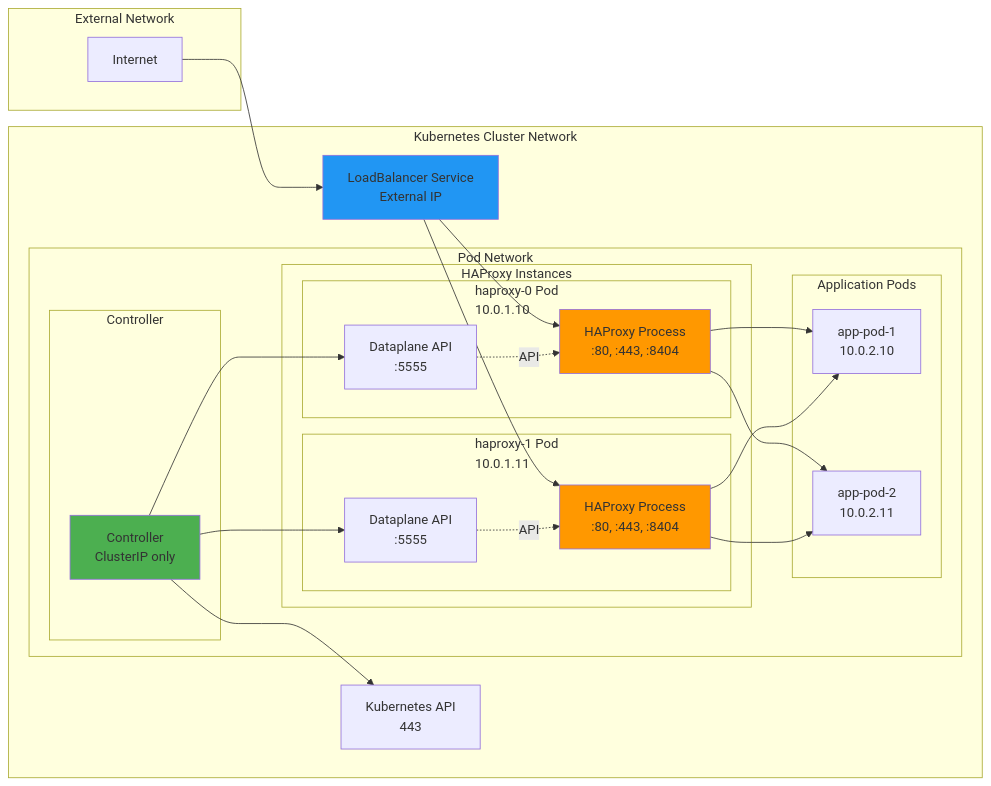
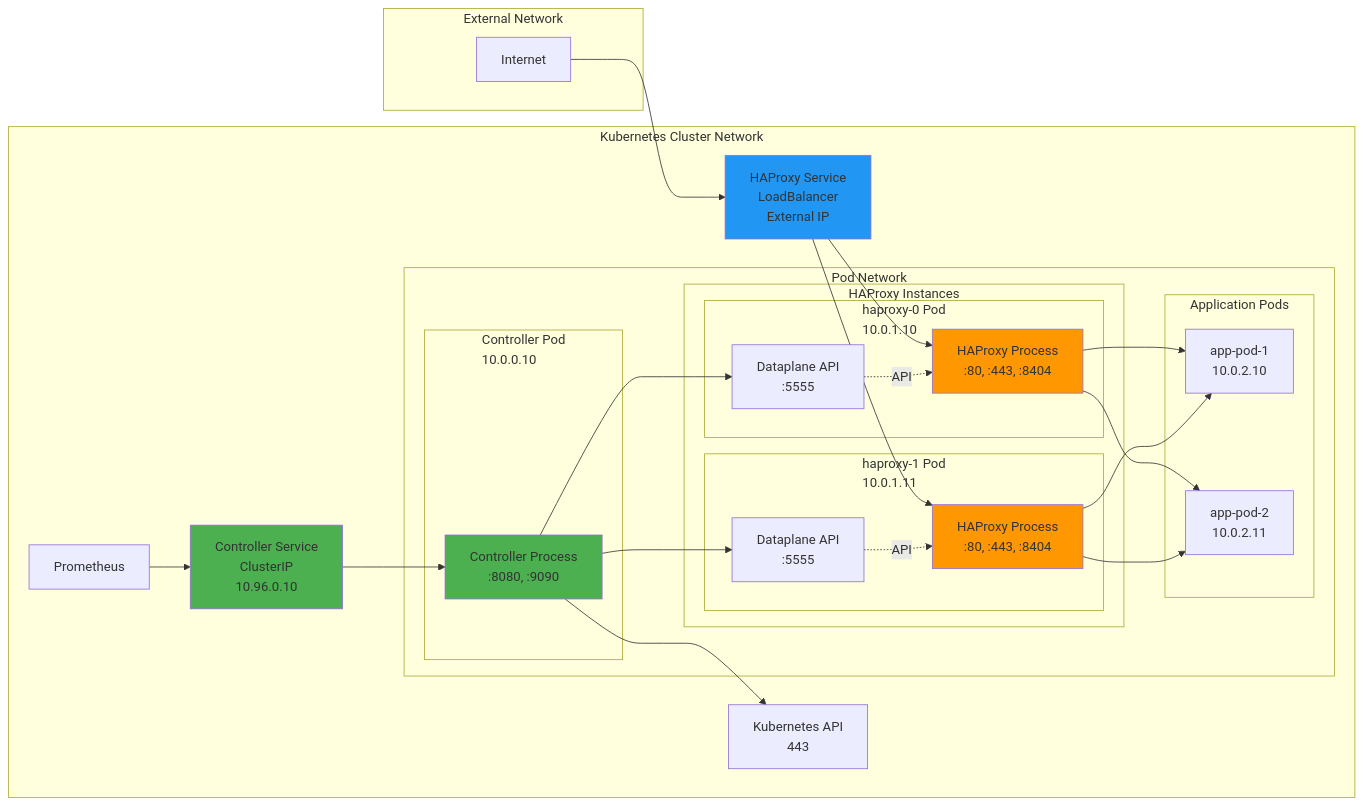
One commit to phihos/haproxy-template-ingress-controller changed the third of 3 diagrams in docs/development/design/deployment.md. Above: the diagram before and after it, drawn with Mermaid. The commit also changed other lines of this file and 24 other files, not shown here.

First line of the commit message:
Add SSL passthrough support and refactor service architecture (#25)

````diff
--- a/docs/development/design/deployment.md
+++ b/docs/development/design/deployment.md
@@ -148,56 +161,62 @@
 ```mermaid
 graph LR
     subgraph "External Network"
         INET[Internet]
     end
 
     subgraph "Kubernetes Cluster Network"
-        LB[LoadBalancer Service<br/>External IP]
+        HAP_LB[HAProxy Service<br/>LoadBalancer<br/>External IP]
+        CTRL_SVC_NET[Controller Service<br/>ClusterIP<br/>10.96.0.10]
 
         subgraph "Pod Network"
-            subgraph "Controller"
-                CTRL[Controller<br/>ClusterIP only]
+            subgraph "Controller Pod<br/>10.0.0.10"
+                CTRL[Controller Process<br/>:8080, :9090]
             end
 
             subgraph "HAProxy Instances"
                 subgraph "haproxy-0 Pod<br/>10.0.1.10"
                     HAP1[HAProxy Process<br/>:80, :443, :8404]
                     DP1[Dataplane API<br/>:5555]
                 end
 
                 subgraph "haproxy-1 Pod<br/>10.0.1.11"
                     HAP2[HAProxy Process<br/>:80, :443, :8404]
                     DP2[Dataplane API<br/>:5555]
                 end
             end
 
             subgraph "Application Pods"
                 APP1[app-pod-1<br/>10.0.2.10]
                 APP2[app-pod-2<br/>10.0.2.11]
             end
         end
 
         KUBE_API[Kubernetes API<br/>443]
+        PROM_NET[Prometheus]
     end
 
-    INET --> LB
-    LB --> HAP1
-    LB --> HAP2
+    INET --> HAP_LB
+    HAP_LB --> HAP1
+    HAP_LB --> HAP2
+
+    CTRL_SVC_NET --> CTRL
+    PROM_NET --> CTRL_SVC_NET
 
     CTRL --> KUBE_API
     CTRL --> DP1
     CTRL --> DP2
 
     HAP1 --> APP1
     HAP1 --> APP2
     HAP2 --> APP1
     HAP2 --> APP2
 
     DP1 -.API.-> HAP1
     DP2 -.API.-> HAP2
 
     style CTRL fill:#4CAF50
     style HAP1 fill:#FF9800
     style HAP2 fill:#FF9800
-    style LB fill:#2196F3
+    style HAP_LB fill:#2196F3
+    style CTRL_SVC_NET fill:#4CAF50
 ```
````
